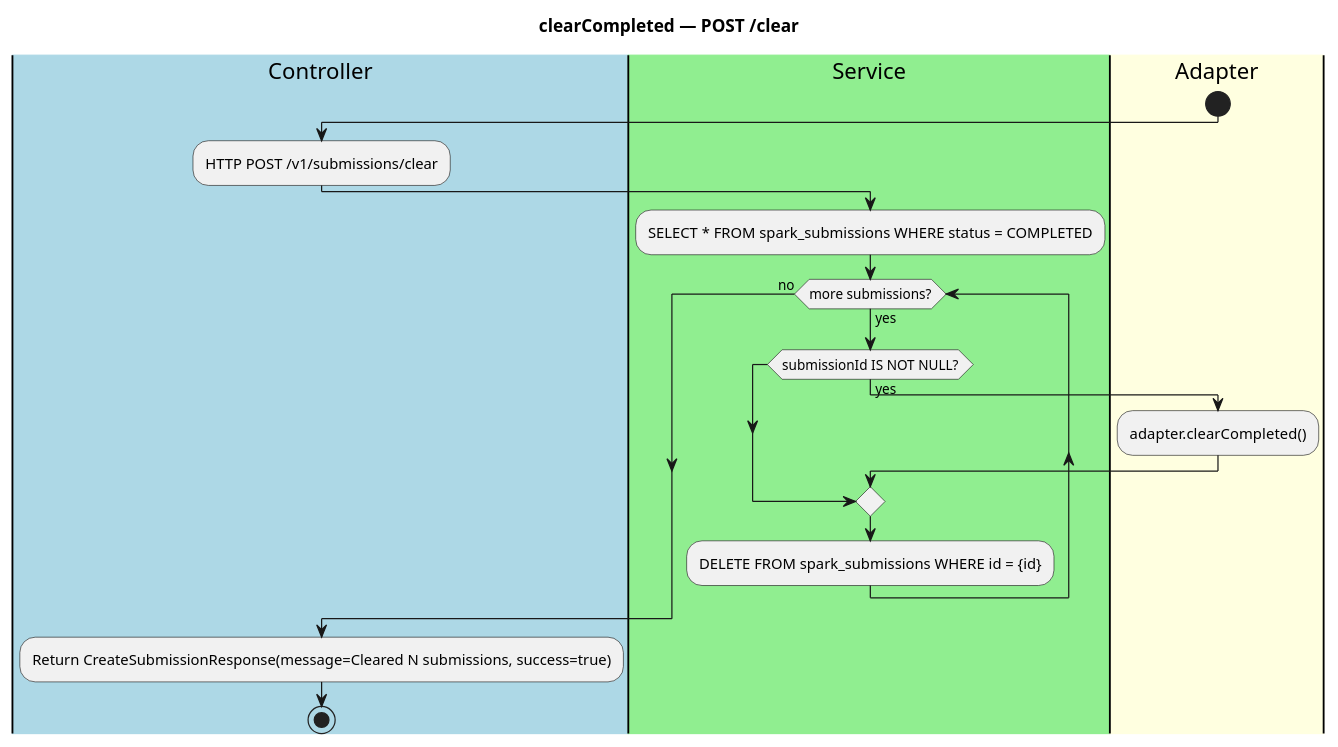
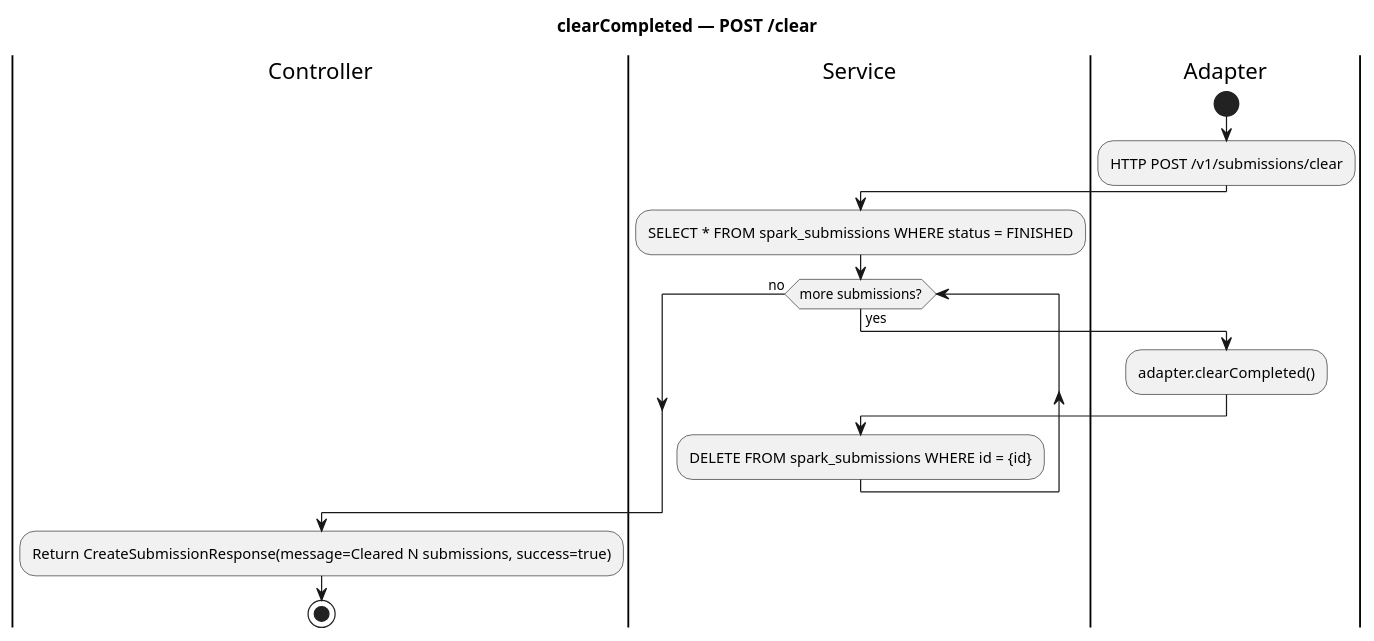
Before and after one commit to zaytsevdmitry/lakehouse: the diagram in lakehouse-task-proxy-for-spark/diagrams/activity-clearCompleted.puml, drawn with PlantUML. The commit also changed 146 other files, not shown here.

First line of the commit message:
NEW Added   service lakehouse-task-proxy-for-spark REMOVED   K8sSparkNativeTaskProcessor RENAMED

```diff
--- a/lakehouse-task-proxy-for-spark/diagrams/activity-clearCompleted.puml
+++ b/lakehouse-task-proxy-for-spark/diagrams/activity-clearCompleted.puml
@@ -1,40 +1,34 @@
 @startuml
 title clearCompleted — POST /clear
 
-|#LightBlue|Controller|
-|#LightGreen|Service|
-|#LightYellow|Adapter|
+|Controller|
+|Service|
+|Adapter|
 
 start
-
-|Controller|
 
 :HTTP POST /v1/submissions/clear;
 
 |Service|
 
-:SELECT * FROM spark_submissions WHERE status = COMPLETED;
+:SELECT * FROM spark_submissions WHERE status = FINISHED;
 
 while (more submissions?) is (yes)
 
-    if (submissionId IS NOT NULL?) then (yes)
+    |Adapter|
 
-        |Adapter|
-
-        :adapter.clearCompleted();
-
-    endif
+    :adapter.clearCompleted();
 
     |Service|
 
     :DELETE FROM spark_submissions WHERE id = {id};
 
 endwhile (no)
 
 |Controller|
 
 :Return CreateSubmissionResponse(message=Cleared N submissions, success=true);
 
 stop
 
 @enduml
```
